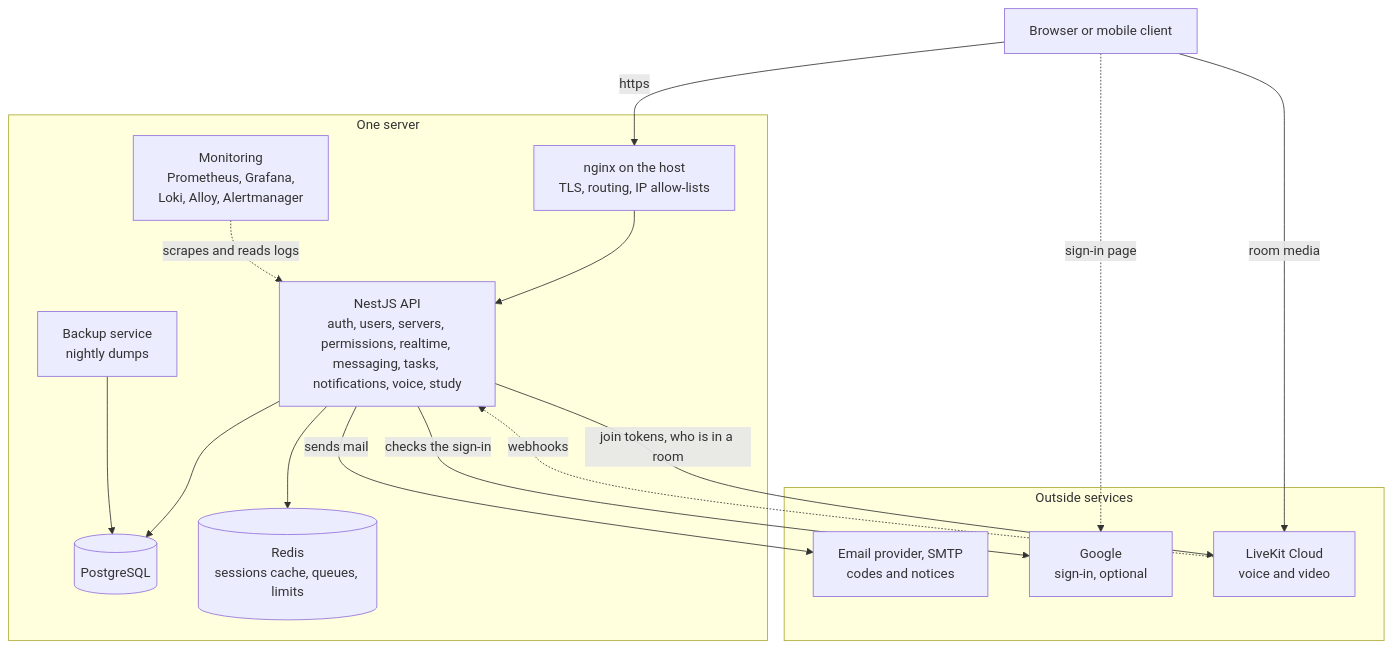
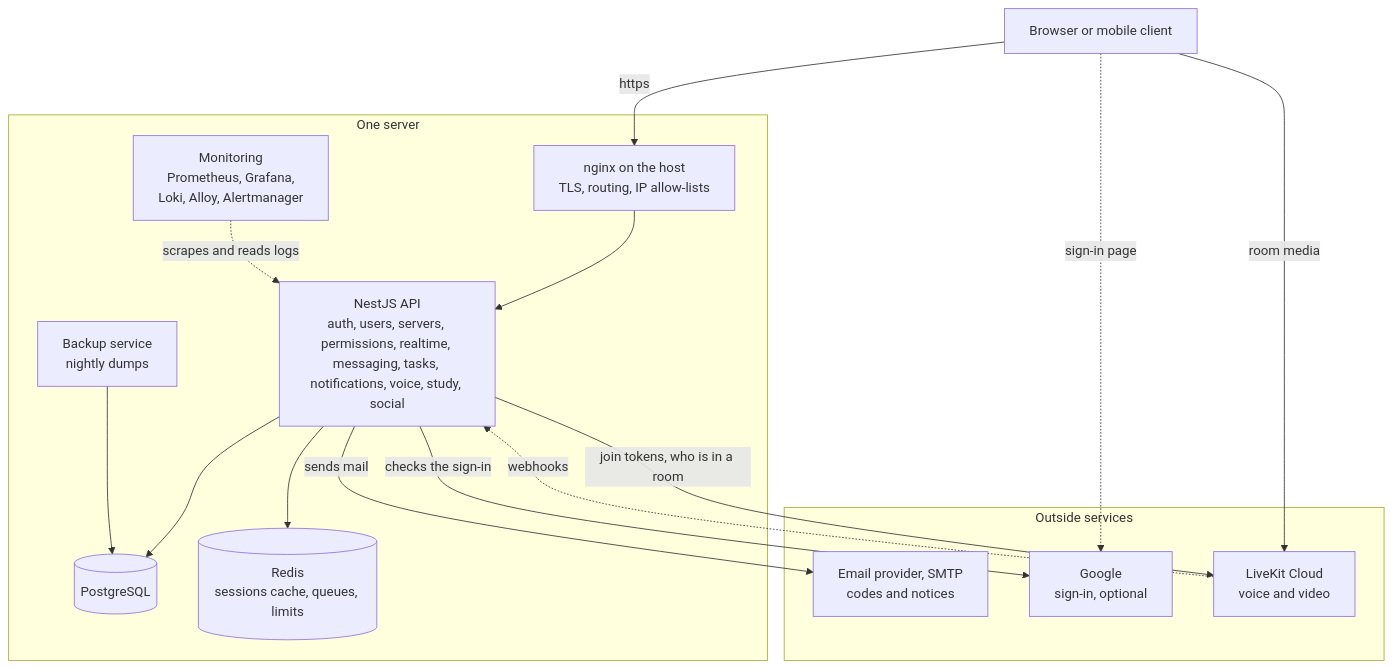
One commit to StoriuSs/NezFocus-Backend changed the first of 5 diagrams in OVERVIEW.md. Above: the diagram before and after it, drawn with Mermaid. The commit also changed other lines of this file and 25 other files, not shown here.

````diff
--- a/OVERVIEW.md
+++ b/OVERVIEW.md
@@ -75,32 +75,32 @@
 ```mermaid
 flowchart TB
     Browser["Browser or mobile client"]
 
     subgraph stack["One server"]
         Nginx["nginx on the host<br/>TLS, routing, IP allow-lists"]
-        App["NestJS API<br/>auth, users, servers, permissions, realtime, messaging, tasks, notifications, voice, study"]
+        App["NestJS API<br/>auth, users, servers, permissions, realtime, messaging, tasks, notifications, voice, study, social"]
         PG[("PostgreSQL")]
         RD[("Redis<br/>sessions cache, queues, limits")]
         Backup["Backup service<br/>nightly dumps"]
         Mon["Monitoring<br/>Prometheus, Grafana,<br/>Loki, Alloy, Alertmanager"]
     end
 
     subgraph outside["Outside services"]
         SMTP["Email provider, SMTP<br/>codes and notices"]
         Google["Google<br/>sign-in, optional"]
         LiveKit["LiveKit Cloud<br/>voice and video"]
     end
 
     Browser -->|https| Nginx
     Browser -.->|sign-in page| Google
     Browser -->|room media| LiveKit
     Nginx --> App
     App --> PG
     App --> RD
     App -->|sends mail| SMTP
     App -->|checks the sign-in| Google
     App -->|join tokens, who is in a room| LiveKit
     LiveKit -.->|webhooks| App
     Backup --> PG
     Mon -.->|scrapes and reads logs| App
 ```
````
